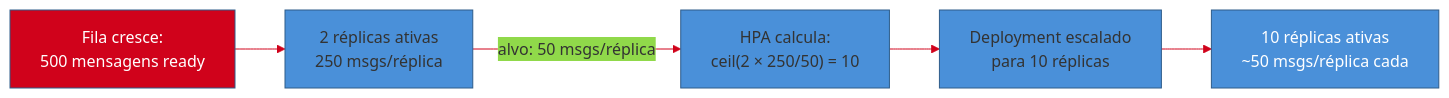
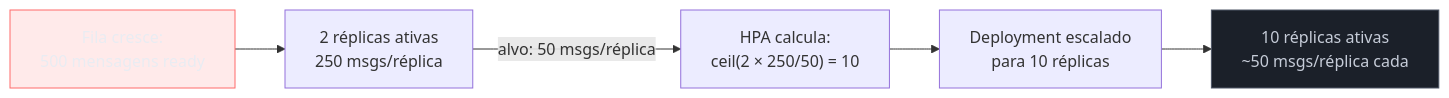
Before and after one commit to josenaldo/codex-technomanticus: the third of 4 diagrams in 03-Dominios/Tecnologia/Python/Cloud-native e produção/05 - Autoscaling — HPA baseado em métrica.md, drawn with Mermaid. The commit also changed other lines of this file and 1181 other files, not shown here.

First line of the commit message:
fix(diagramas): paleta do sistema no lugar de cor cravada no markdown

````diff
--- a/03-Dominios/Tecnologia/Python/Cloud-native e produção/05 - Autoscaling — HPA baseado em métrica.md
+++ b/03-Dominios/Tecnologia/Python/Cloud-native e produção/05 - Autoscaling — HPA baseado em métrica.md
@@ -193,10 +193,11 @@
 ```mermaid
-%%{init: {"theme": "base", "themeVariables": {"primaryColor": "#4A90D9", "primaryBorderColor": "#2E5C8A", "lineColor": "#D0021B"}}}%%
 graph LR
+    classDef falha fill:#FF6B6B24,stroke:#FF6B6B,color:#E9ECF2
+    classDef neutro fill:#1B2029,stroke:#4E5666,color:#C6CCD8
     E1["Fila cresce:<br/>500 mensagens ready"] --> E2["2 réplicas ativas<br/>250 msgs/réplica"]
     E2 -->|"alvo: 50 msgs/réplica"| CALC["HPA calcula:<br/>ceil(2 × 250/50) = 10"]
     CALC --> E3["Deployment escalado<br/>para 10 réplicas"]
     E3 --> E4["10 réplicas ativas<br/>~50 msgs/réplica cada"]
-    style E1 fill:#D0021B,color:#fff
-    style E4 fill:#4A90D9,color:#fff
+    class E1 falha
+    class E4 neutro
 ```
````
